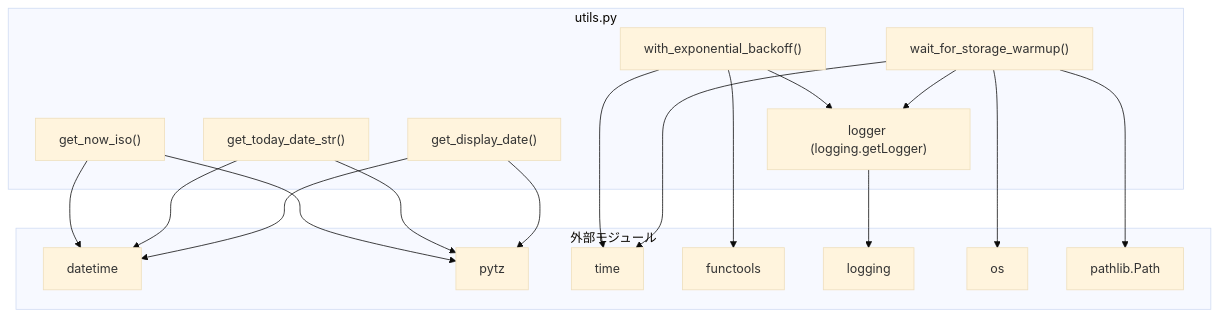
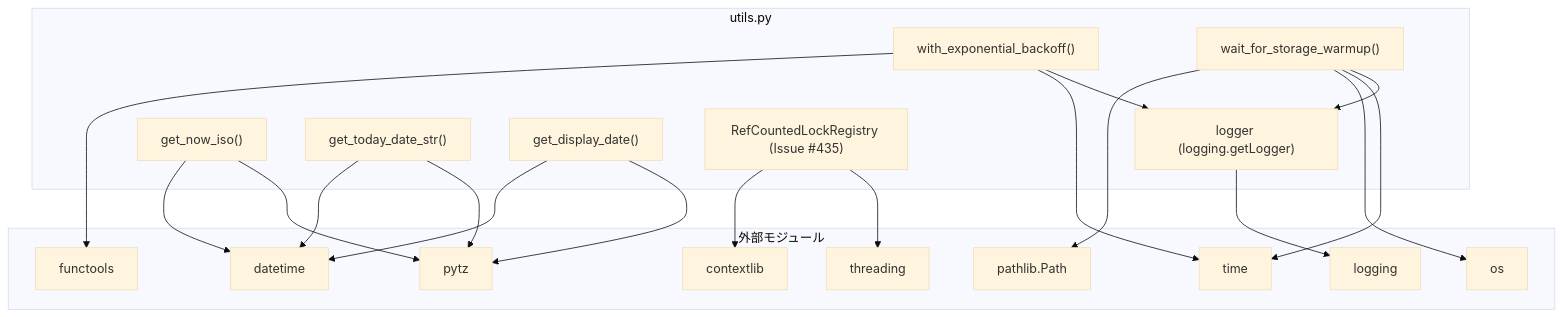
The second of 2 diagrams in docs/specifications/MY_HOME_SYSTEM/utils.md (mmtigers/my_python_project), drawn with Mermaid (base theme) before and after one commit. The commit also changed other lines of this file and 87 other files, not shown here.

````diff
--- a/docs/specifications/MY_HOME_SYSTEM/utils.md
+++ b/docs/specifications/MY_HOME_SYSTEM/utils.md
@@ -241,40 +290,46 @@
 ```mermaid
 graph TD
     subgraph utils.py
         logger["logger (logging.getLogger)"]
         get_now_iso["get_now_iso()"]
         get_today_date_str["get_today_date_str()"]
         get_display_date["get_display_date()"]
+        RefCountedLockRegistry["RefCountedLockRegistry (Issue #435)"]
         with_exponential_backoff["with_exponential_backoff()"]
         wait_for_storage_warmup["wait_for_storage_warmup()"]
     end
 
     subgraph 外部モジュール
+        contextlib["contextlib"]
         datetime["datetime"]
         pytz["pytz"]
+        threading["threading"]
         time["time"]
         functools["functools"]
         logging["logging"]
         os["os"]
         pathlib["pathlib.Path"]
     end
+
+    RefCountedLockRegistry --> contextlib
+    RefCountedLockRegistry --> threading
 
     get_now_iso --> datetime
     get_now_iso --> pytz
     get_today_date_str --> datetime
     get_today_date_str --> pytz
     get_display_date --> datetime
     get_display_date --> pytz
 
     with_exponential_backoff --> functools
     with_exponential_backoff --> time
     with_exponential_backoff --> logger
 
     wait_for_storage_warmup --> pathlib
     wait_for_storage_warmup --> os
     wait_for_storage_warmup --> time
     wait_for_storage_warmup --> logger
 
     logger --> logging
 
 ```
````
